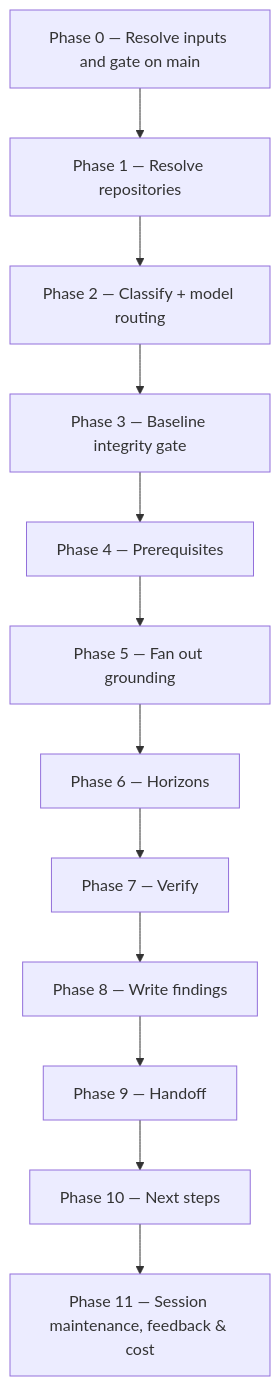
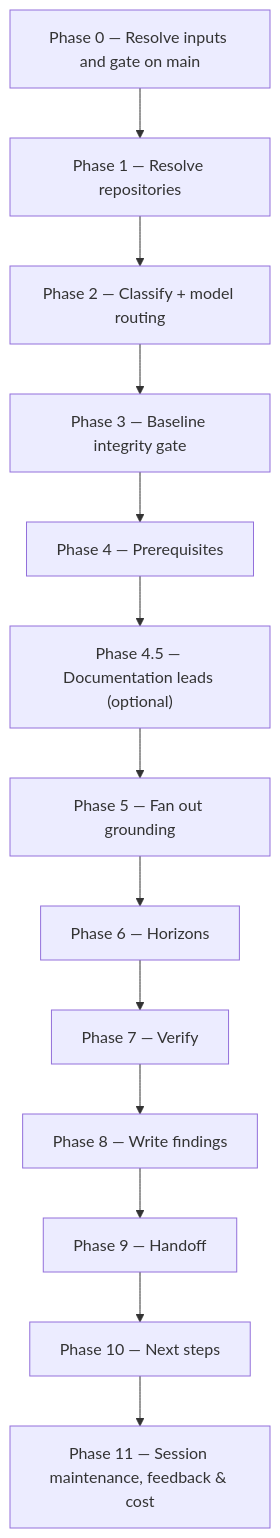
Before and after one commit to ihudak/ihudak-claude-plugins: the diagram in plugins/dev-workflows/docs/commands/brd-ground.md, drawn with Mermaid. The commit also changed other lines of this file and 9 other files, not shown here.

````diff
--- a/plugins/dev-workflows/docs/commands/brd-ground.md
+++ b/plugins/dev-workflows/docs/commands/brd-ground.md
@@ -39,14 +40,15 @@
 ```mermaid
 flowchart TD
     p0["Phase 0 — Resolve inputs and gate on main"] --> p1["Phase 1 — Resolve repositories"]
     p1 --> p2["Phase 2 — Classify + model routing"]
     p2 --> p3["Phase 3 — Baseline integrity gate"]
     p3 --> p4["Phase 4 — Prerequisites"]
-    p4 --> p5["Phase 5 — Fan out grounding"]
+    p4 --> p45["Phase 4.5 — Documentation leads (optional)"]
+    p45 --> p5["Phase 5 — Fan out grounding"]
     p5 --> p6["Phase 6 — Horizons"]
     p6 --> p7["Phase 7 — Verify"]
     p7 --> p8["Phase 8 — Write findings"]
     p8 --> p9["Phase 9 — Handoff"]
     p9 --> p10["Phase 10 — Next steps"]
     p10 --> p11["Phase 11 — Session maintenance, feedback & cost"]
 ```
````
